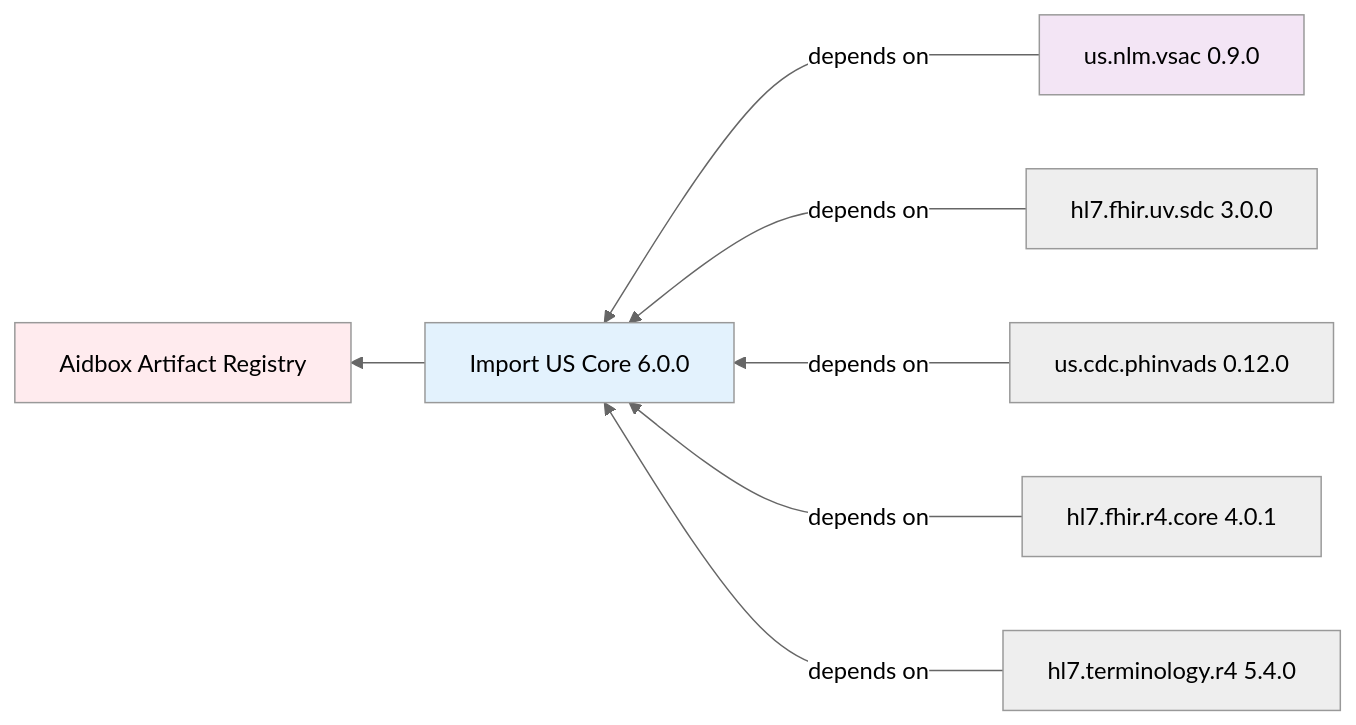
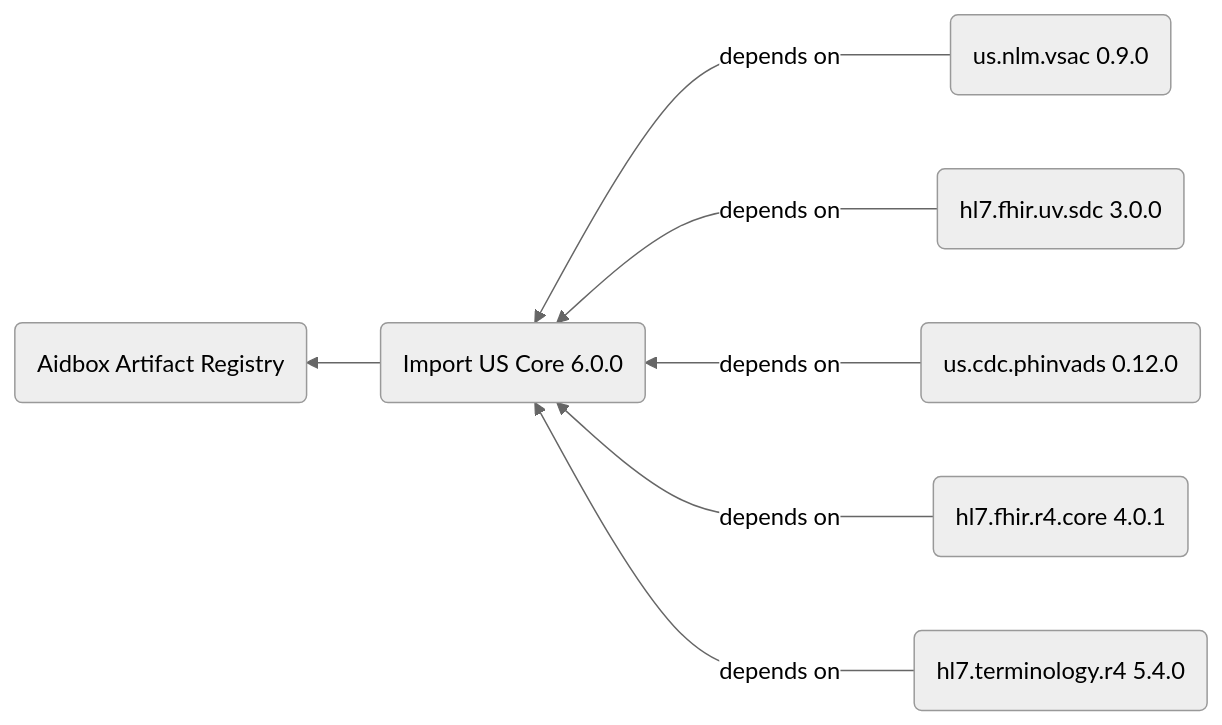
The second of 3 diagrams in docs/artifact-registry/artifact-registry-overview.md (HealthSamurai/documentation), drawn with Mermaid (neutral theme) before and after one commit. The commit also changed other lines of this file and 11 other files, not shown here.

Commit message:
update mermaid diagrams

````diff
--- a/docs/artifact-registry/artifact-registry-overview.md
+++ b/docs/artifact-registry/artifact-registry-overview.md
@@ -89,19 +86,14 @@
 ```mermaid
 flowchart RL
-    A[Import US Core 6.0.0]
+    A(Import US Core 6.0.0):::blue3
   
-    B[us.nlm.vsac 0.9.0] --->|depends on| A
-    C[hl7.fhir.uv.sdc 3.0.0]  --->|depends on| A
-    D[us.cdc.phinvads 0.12.0]  --->|depends on| A
-    E[hl7.fhir.r4.core 4.0.1]  --->|depends on| A
-    F[hl7.terminology.r4 5.4.0]  --->|depends on| A
+    B(us.nlm.vsac 0.9.0):::violet1 --->|depends on| A
+    C(hl7.fhir.uv.sdc 3.0.0):::violet1  --->|depends on| A
+    D(us.cdc.phinvads 0.12.0):::violet1  --->|depends on| A
+    E(hl7.fhir.r4.core 4.0.1):::violet1  --->|depends on| A
+    F(hl7.terminology.r4 5.4.0):::violet1  --->|depends on| A
   
-    H[Aidbox Artifact Registry]
+    H(Aidbox Artifact Registry):::red2
 
     A --> H
-
-    
-    style A fill:#e3f2fd
-    style H fill:#ffebee
-    style B fill:#f3e5f5
 ```
````
